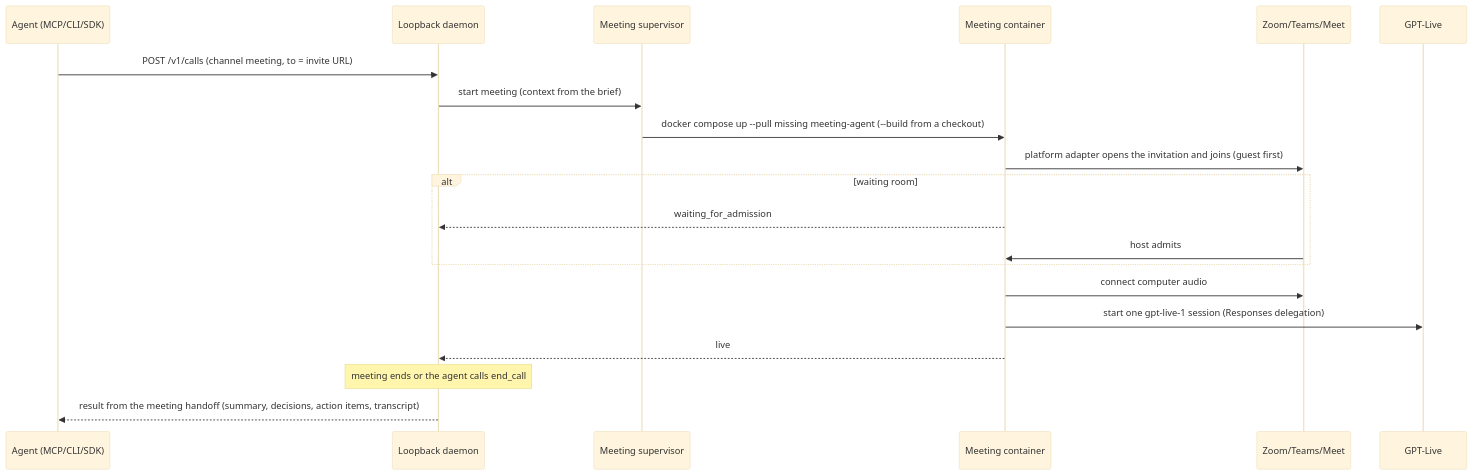
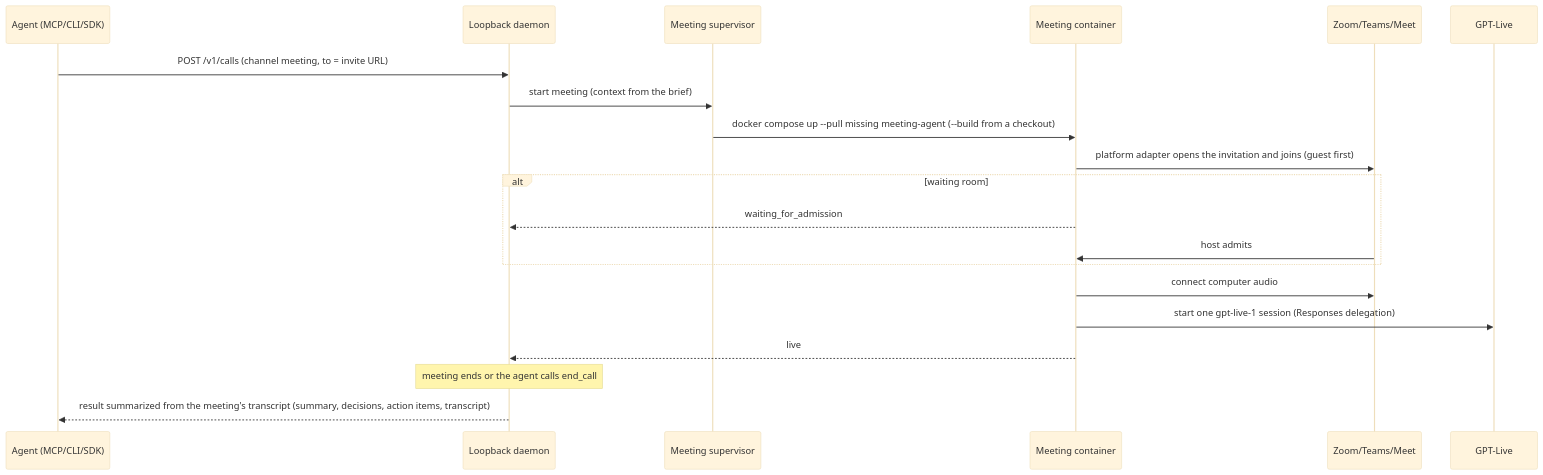
The first of 3 diagrams in docs/architecture.md (kaelorlabs/smitline), drawn with Mermaid (base theme) before and after one commit. The commit also changed other lines of this file and 11 other files, not shown here.

````diff
--- a/docs/architecture.md
+++ b/docs/architecture.md
@@ -66,22 +66,22 @@
 ```mermaid
 sequenceDiagram
     participant Agent as Agent (MCP/CLI/SDK)
     participant Daemon as Loopback daemon
     participant Super as Meeting supervisor
     participant Bot as Meeting container
     participant Meet as Zoom/Teams/Meet
     participant Live as GPT-Live
     Agent->>Daemon: POST /v1/calls (channel meeting, to = invite URL)
     Daemon->>Super: start meeting (context from the brief)
     Super->>Bot: docker compose up --pull missing meeting-agent (--build from a checkout)
     Bot->>Meet: platform adapter opens the invitation and joins (guest first)
     alt waiting room
         Bot-->>Daemon: waiting_for_admission
         Meet->>Bot: host admits
     end
     Bot->>Meet: connect computer audio
     Bot->>Live: start one gpt-live-1 session (Responses delegation)
     Bot-->>Daemon: live
     Note over Daemon: meeting ends or the agent calls end_call
-    Daemon-->>Agent: result from the meeting handoff (summary, decisions, action items, transcript)
+    Daemon-->>Agent: result summarized from the meeting's transcript (summary, decisions, action items, transcript)
 ```
````
